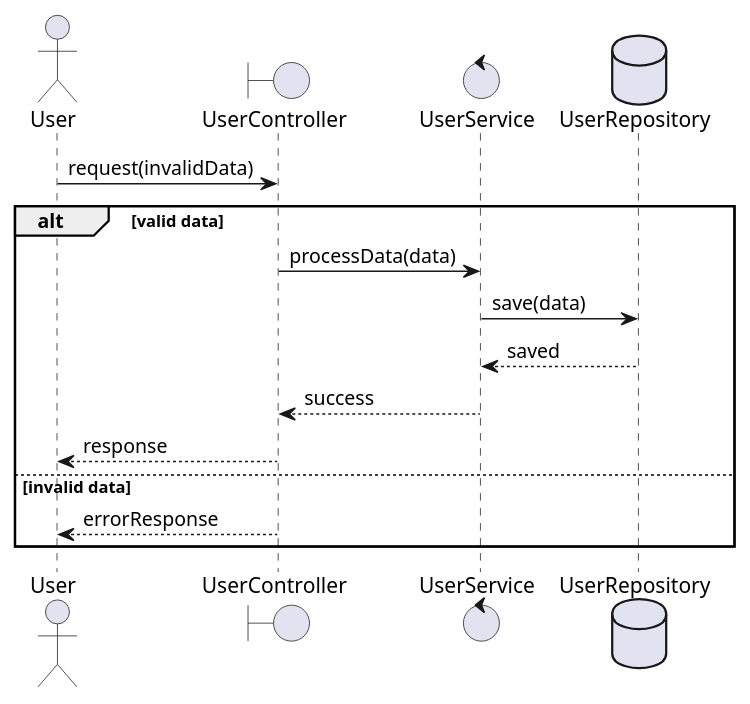
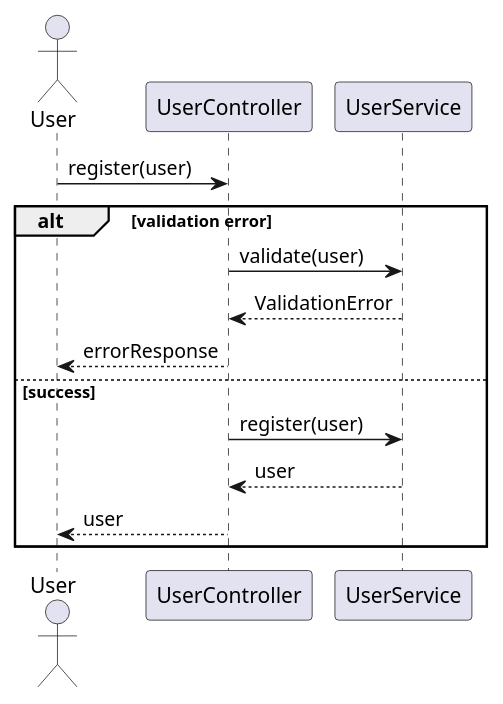
Before and after one commit to Dinesh-s95/AutoDoc.ai: the fifth of 6 diagrams in identityprovider/documentation/detaileddesign.adoc, drawn with PlantUML. The commit also changed other lines of this file and 11 other files, not shown here.

````diff
--- a/identityprovider/documentation/detaileddesign.adoc
+++ b/identityprovider/documentation/detaileddesign.adoc
@@ -397,20 +337,18 @@
-[plantuml, exception-handling-flow, png]
-----
+```plantuml
 @startuml
 actor User
-boundary UserController
-control UserService
-database UserRepository
+participant UserController
+participant UserService
 
-User -> UserController : request(invalidData)
-alt valid data
-    UserController -> UserService : processData(data)
-    UserService -> UserRepository : save(data)
-    UserRepository --> UserService : saved
-    UserService --> UserController : success
-    UserController --> User : response
-else invalid data
+User -> UserController : register(user)
+alt validation error
+    UserController -> UserService : validate(user)
+    UserService --> UserController : ValidationError
     UserController --> User : errorResponse
+else success
+    UserController -> UserService : register(user)
+    UserService --> UserController : user
+    UserController --> User : user
 end
 @enduml
-----
+```
````
